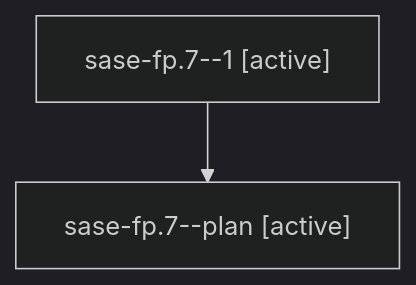
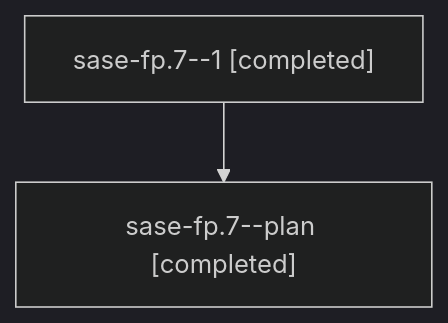
One commit to sase-org/sase--agents changed the diagram in families/bbugyi200.athena.sase-fp.7.md. Above: the diagram before and after it, drawn with Mermaid (dark theme). The commit also changed other lines of this file and 81 other files, not shown here.

````diff
--- a/families/bbugyi200.athena.sase-fp.7.md
+++ b/families/bbugyi200.athena.sase-fp.7.md
@@ -9,6 +9,6 @@
 ```mermaid
 flowchart TD
-  n0["sase-fp.7--1 [active]"]
-  n1["sase-fp.7--plan [active]"]
+  n0["sase-fp.7--1 [completed]"]
+  n1["sase-fp.7--plan [completed]"]
   n0 --> n1
 ```
````
